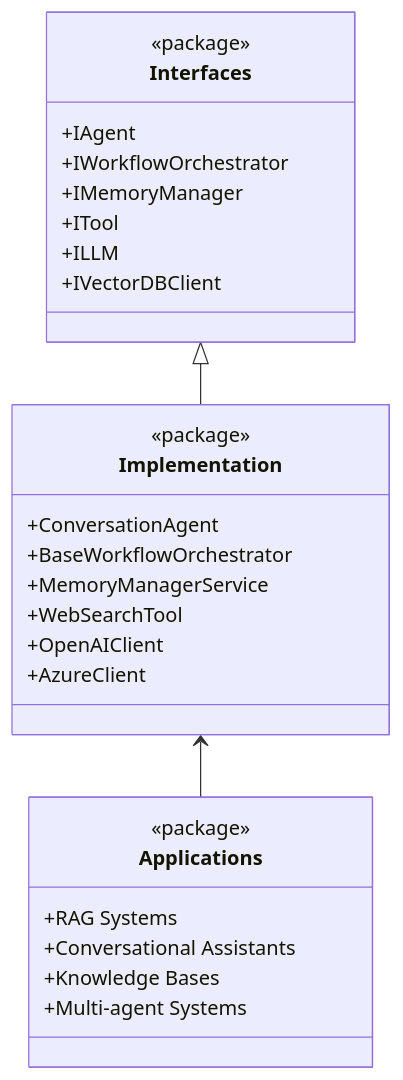
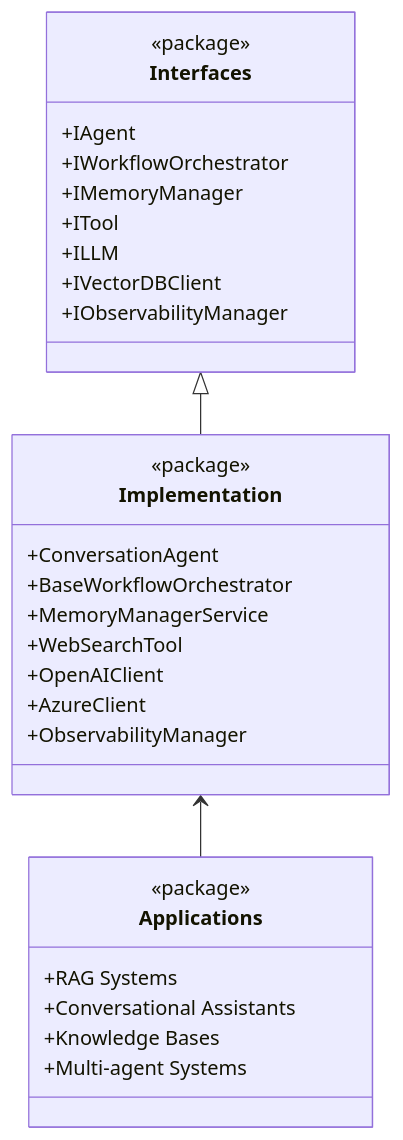
The second of 3 diagrams in README.md (nimunzn/arshai), drawn with Mermaid before and after one commit. The commit also changed other lines of this file and 29 other files, not shown here.

````diff
--- a/README.md
+++ b/README.md
@@ -47,33 +48,35 @@
 ```mermaid
 classDiagram
     class Interfaces {
         <<package>>
         +IAgent
         +IWorkflowOrchestrator
         +IMemoryManager
         +ITool
         +ILLM
         +IVectorDBClient
+        +IObservabilityManager
     }
     
     class Implementation {
         <<package>>
         +ConversationAgent
         +BaseWorkflowOrchestrator
         +MemoryManagerService
         +WebSearchTool
         +OpenAIClient
         +AzureClient
+        +ObservabilityManager
     }
     
     class Applications {
         <<package>>
         +RAG Systems
         +Conversational Assistants
         +Knowledge Bases
         +Multi-agent Systems
     }
     
     Interfaces <|-- Implementation
     Implementation <-- Applications
 ```
````
